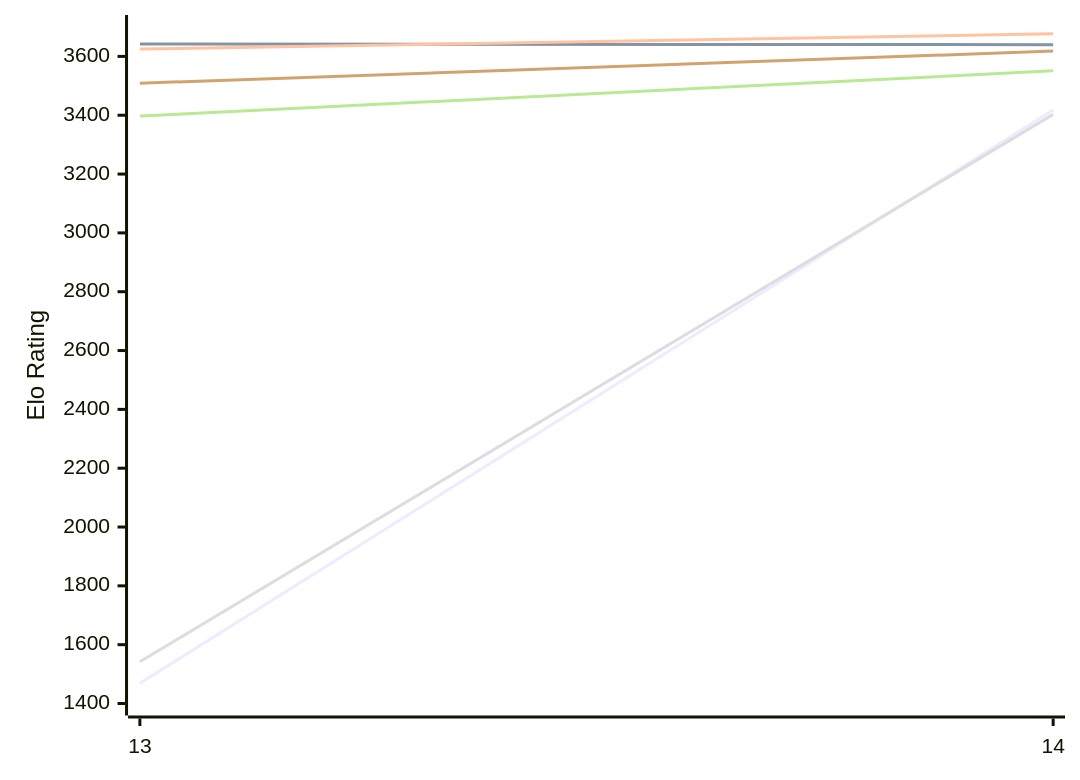
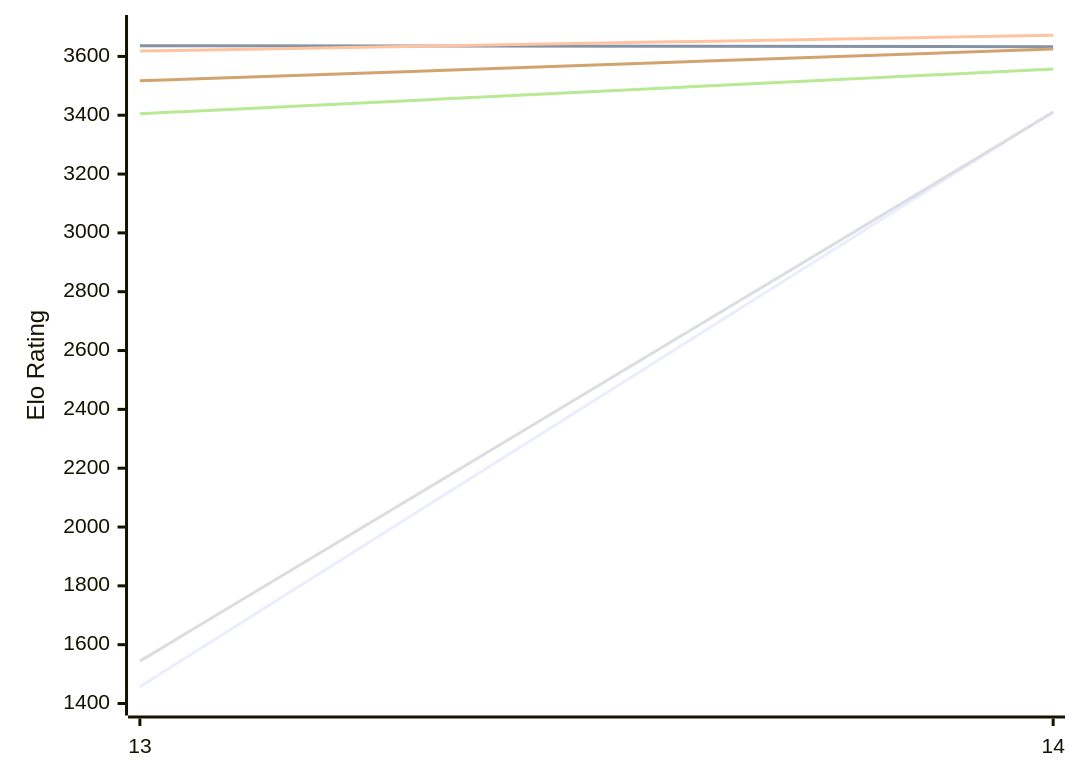
Before and after one commit to computer-chess-index/cci: the first of 2 diagrams in engines/Berserk.md, drawn with Mermaid. The commit also changed other lines of this file, not shown here.

Commit message:
Update CCI Ratings (ELO VLTC) - 2026-11-18

````diff
--- a/engines/Berserk.md
+++ b/engines/Berserk.md
@@ -50,12 +50,12 @@
 ```mermaid
 %%{init: {"theme":"base","themeVariables":{"seriesColors:['#a3a3a3','#222221','#faa371']}}}%%
 xychart-beta
   x-axis ["13", "14"]
   y-axis "Elo Rating" 1400 --> 3700
-  line "E1: STC (8.0+0.08s)" [1469, 3418]
-  line "E1: LTC (60.0+0.60s)" [3642, 3640]
-  line "E1: VLTC (2m24s+1.12s)" [3625, 3677]
-  line "P1: STC (8.0+0.08s)" [1542, 3403]
-  line "P1: LTC (60.0+0.60s)" [3397, 3551]
-  line "P1: VLTC (2m24s+1.12s)" [3509, 3618]
+  line "E1: STC (8.0+0.08s)" [1457, 3413]
+  line "E1: LTC (60.0+0.60s)" [3636, 3633]
+  line "E1: VLTC (2m24s+1.12s)" [3618, 3672]
+  line "P1: STC (8.0+0.08s)" [1544, 3410]
+  line "P1: LTC (60.0+0.60s)" [3405, 3557]
+  line "P1: VLTC (2m24s+1.12s)" [3517, 3625]
 ```
````
